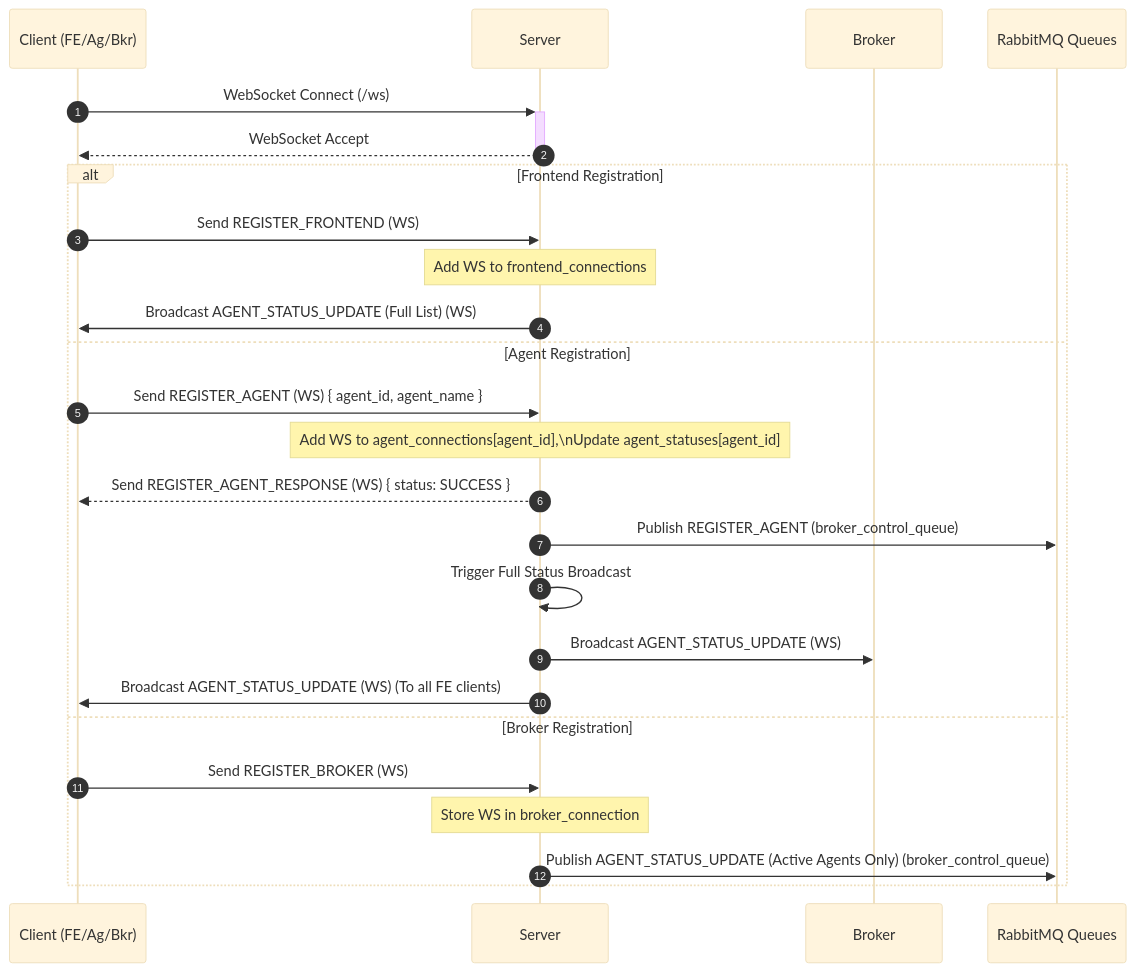
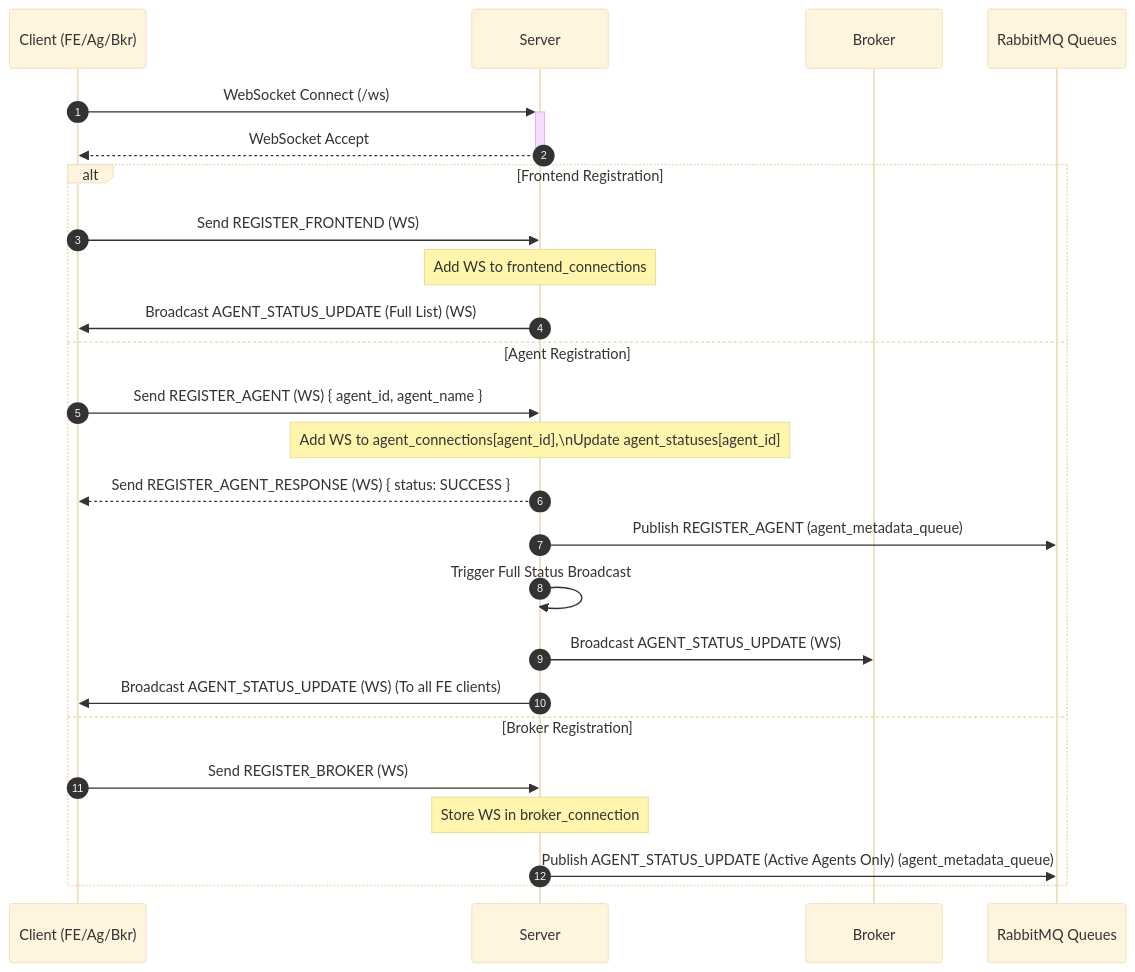
One commit to jt-f/community changed the first of 5 diagrams in server/README.md. Above: the diagram before and after it, drawn with Mermaid (base theme). The commit also changed other lines of this file and 5 other files, not shown here.

````diff
--- a/server/README.md
+++ b/server/README.md
@@ -39,30 +39,30 @@
 ```mermaid
 sequenceDiagram
     autonumber
     participant C as Client (FE/Ag/Bkr)
     participant Srv as Server
     participant Bkr as Broker
     participant RMQ as RabbitMQ Queues
 
     C->>+Srv: WebSocket Connect (/ws)
     Srv-->>-C: WebSocket Accept
 
     alt Frontend Registration
         C->>Srv: Send REGISTER_FRONTEND (WS)
         Note over Srv: Add WS to frontend_connections
         Srv->>C: Broadcast AGENT_STATUS_UPDATE (Full List) (WS)
     else Agent Registration
         C->>Srv: Send REGISTER_AGENT (WS) { agent_id, agent_name }
         Note over Srv: Add WS to agent_connections[agent_id],\nUpdate agent_statuses[agent_id]
         Srv-->>C: Send REGISTER_AGENT_RESPONSE (WS) { status: SUCCESS }
-        Srv->>RMQ: Publish REGISTER_AGENT (broker_control_queue)
+        Srv->>RMQ: Publish REGISTER_AGENT (agent_metadata_queue)
         Srv->>Srv: Trigger Full Status Broadcast
         Srv->>Bkr: Broadcast AGENT_STATUS_UPDATE (WS)
         Srv->>C: Broadcast AGENT_STATUS_UPDATE (WS) (To all FE clients)
     else Broker Registration
         C->>Srv: Send REGISTER_BROKER (WS)
         Note over Srv: Store WS in broker_connection
-        Srv->>RMQ: Publish AGENT_STATUS_UPDATE (Active Agents Only) (broker_control_queue)
+        Srv->>RMQ: Publish AGENT_STATUS_UPDATE (Active Agents Only) (agent_metadata_queue)
     end
 
 ```
````
